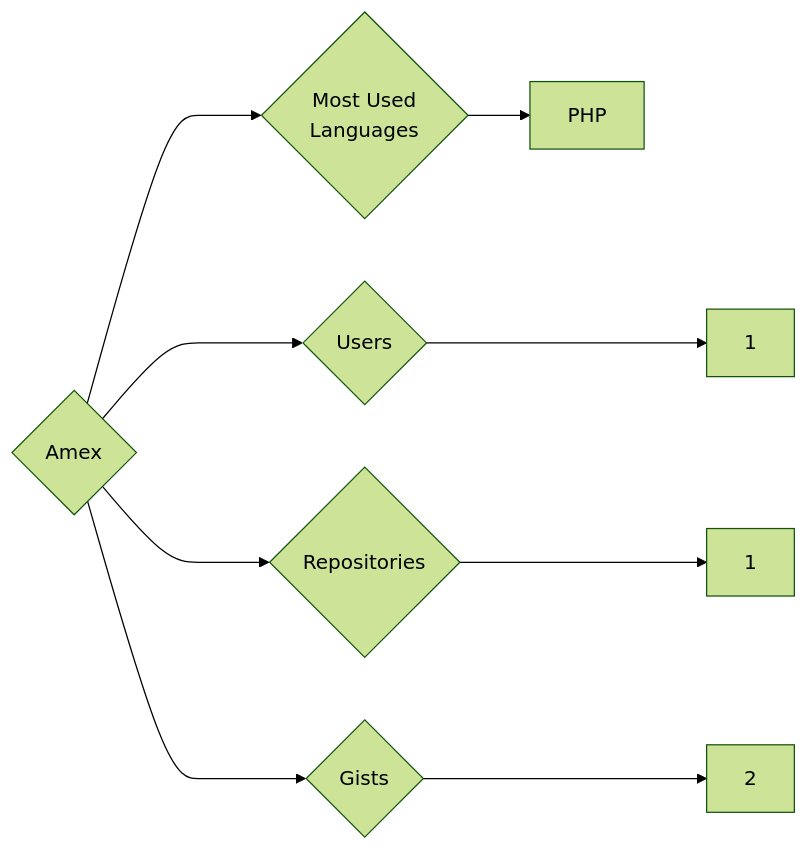
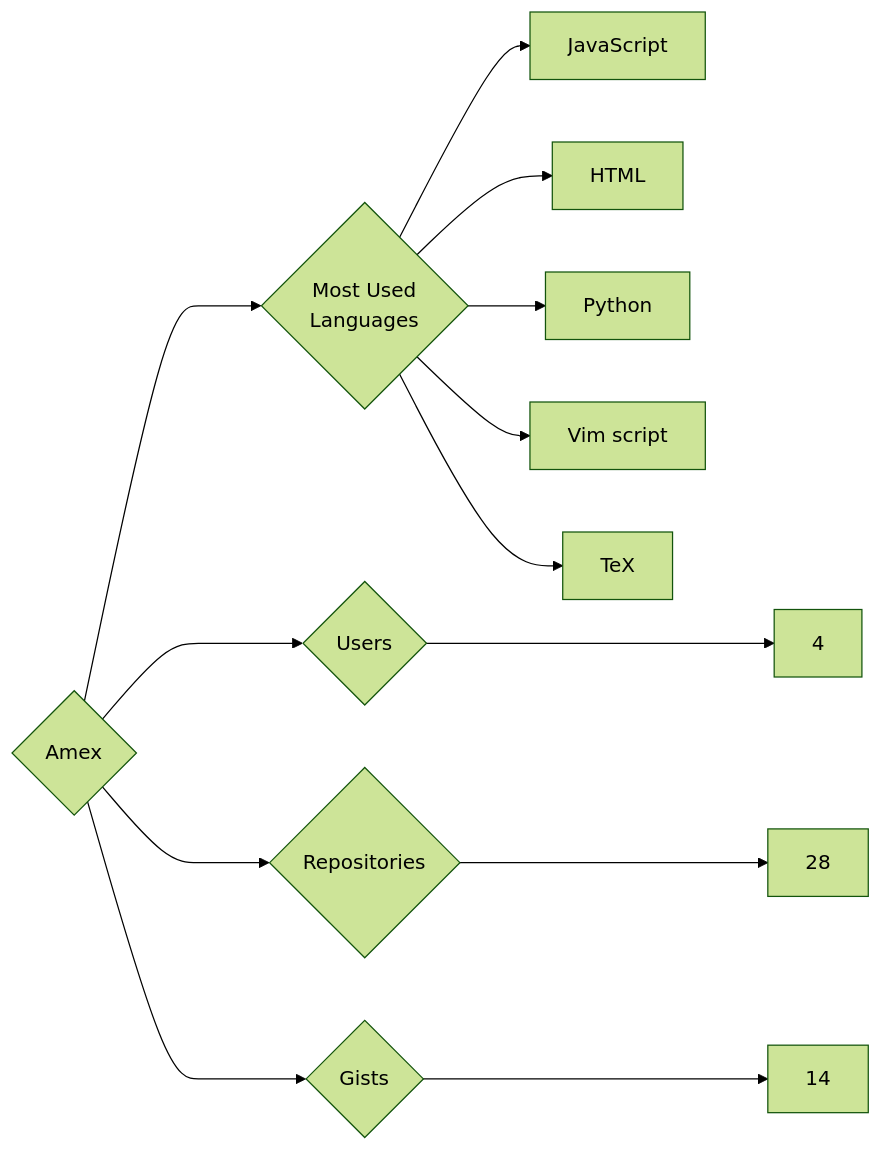
The diagram in targets/Amex/README.md (trickest/insiders), drawn with Mermaid (forest theme) before and after one commit. The commit also changed 861 other files, not shown here.

````diff
--- a/targets/Amex/README.md
+++ b/targets/Amex/README.md
@@ -3,9 +3,13 @@
 ```mermaid
 graph LR
 COMPANY_NAME{Amex}
-COMPANY_NAME ---> U{Users} ---> UN[1]
-COMPANY_NAME ---> R{Repositories} ---> RN[1]
-COMPANY_NAME ---> G{Gists} ---> GN[2]
+COMPANY_NAME ---> U{Users} ---> UN[4]
+COMPANY_NAME ---> R{Repositories} ---> RN[28]
+COMPANY_NAME ---> G{Gists} ---> GN[14]
 COMPANY_NAME ---> ML{Most Used<br>Languages}
-ML --> PHP[PHP]
+ML --> JavaScript[JavaScript]
+ML --> HTML[HTML]
+ML --> Python[Python]
+ML --> Vim_script[Vim script]
+ML --> TeX[TeX]
 ```
````
